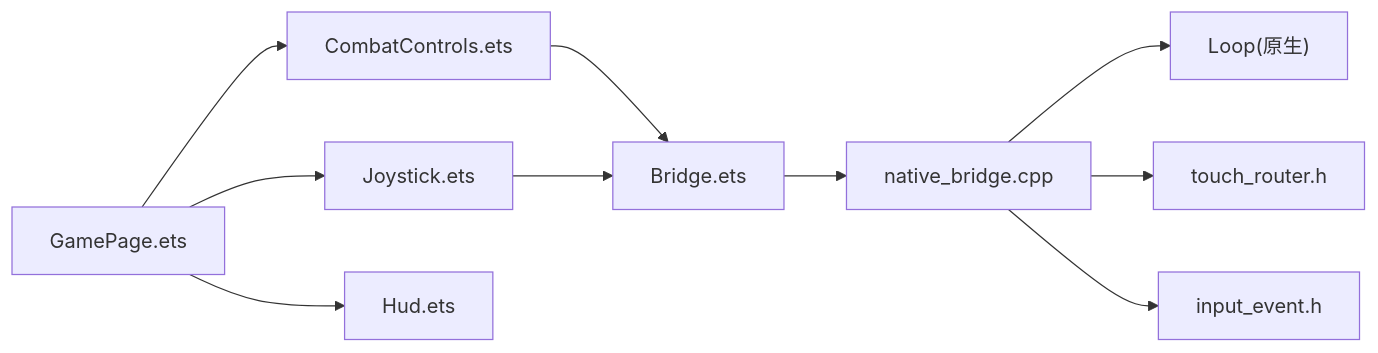
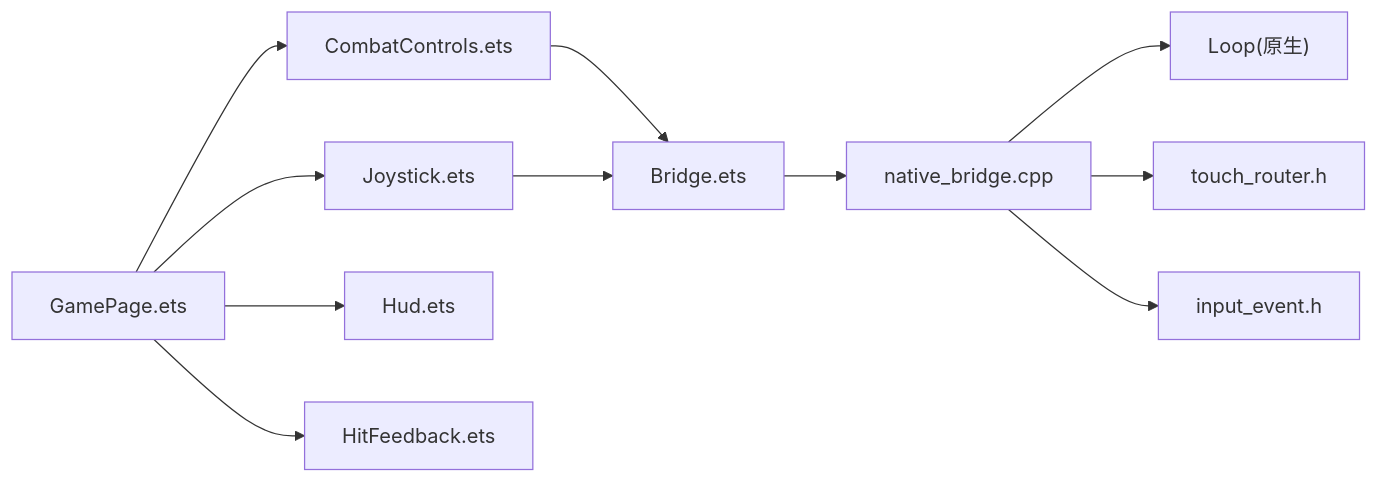
The eighth of 8 diagrams in .qoder/repowiki/zh/content/前端界面系统/UI 组件系统/CombatControls 战斗控制组件.md (sj123sheng/my-world), drawn with Mermaid before and after one commit. The commit also changed other lines of this file and 160 other files, not shown here.

````diff
--- a/.qoder/repowiki/zh/content/前端界面系统/UI 组件系统/CombatControls 战斗控制组件.md
+++ b/.qoder/repowiki/zh/content/前端界面系统/UI 组件系统/CombatControls 战斗控制组件.md
@@ -376,12 +406,13 @@
 ```mermaid
 graph LR
 GC["CombatControls.ets"] --> B["Bridge.ets"]
 GJ["Joystick.ets"] --> B
 GP["GamePage.ets"] --> GC
 GP --> GJ
 GP --> GH["Hud.ets"]
+GP --> HF["HitFeedback.ets"]
 B --> NB["native_bridge.cpp"]
 NB --> L["Loop(原生)"]
 NB --> TR["touch_router.h"]
 NB --> IE["input_event.h"]
 ```
````
